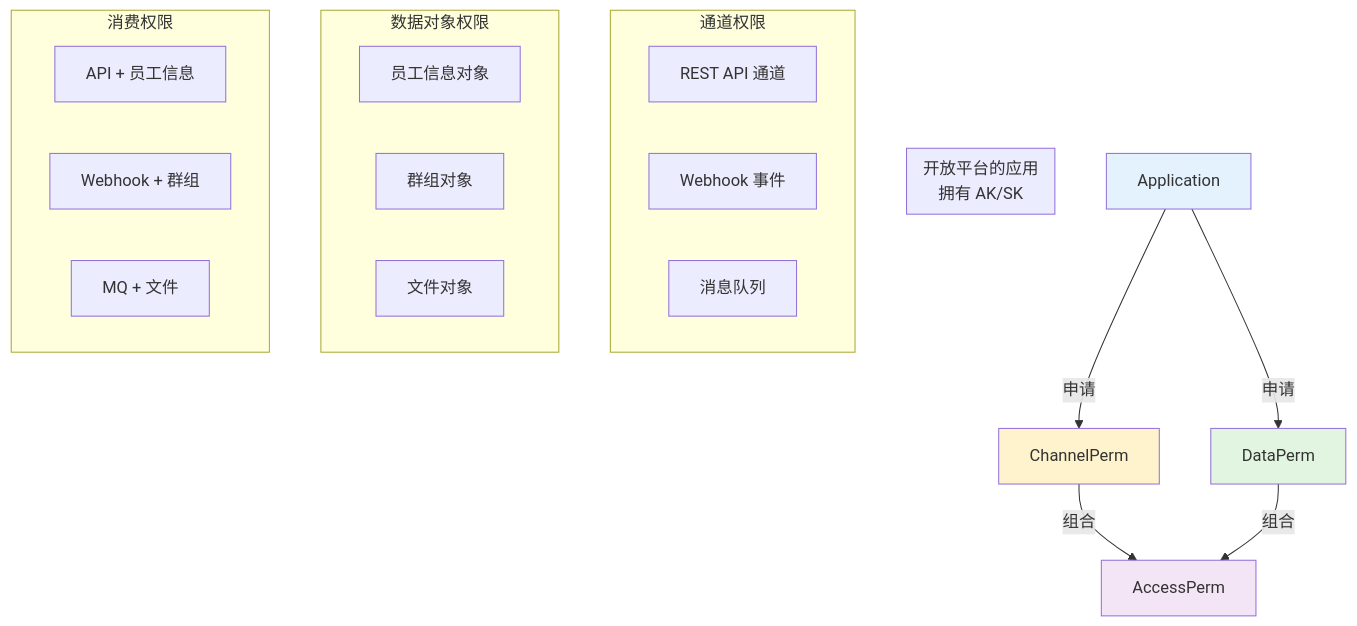
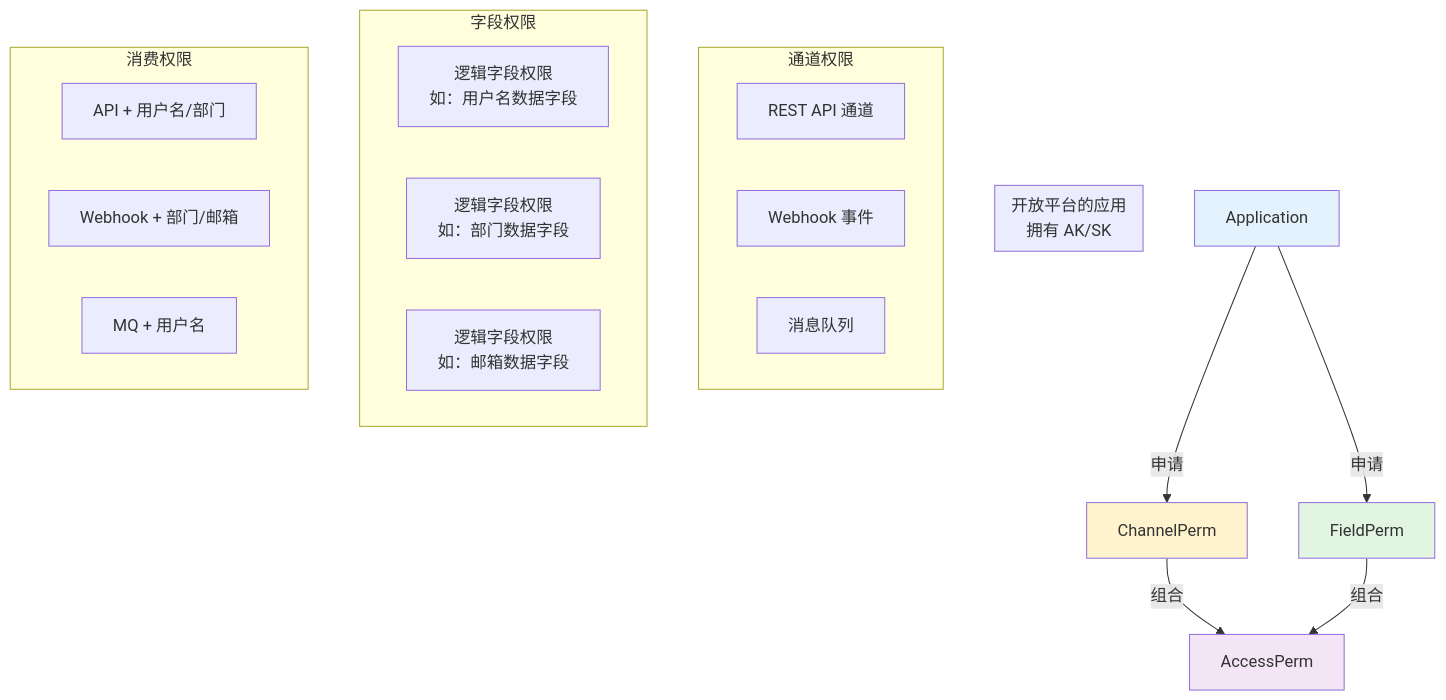
Before and after one commit to THZSummer/Product: diagram 12 of 13 in open-app/.sdd/specs-tree-root/specs-tree-data-open-platform/discovery-report.md, drawn with Mermaid. The commit also changed other lines of this file and 2 other files, not shown here.

````diff
--- a/open-app/.sdd/specs-tree-root/specs-tree-data-open-platform/discovery-report.md
+++ b/open-app/.sdd/specs-tree-root/specs-tree-data-open-platform/discovery-report.md
@@ -692,32 +700,32 @@
 ```mermaid
 graph TB
     subgraph 应用 Application[开放平台的应用<br/>拥有 AK/SK]
     end
     
     subgraph 通道权限 ChannelPerm[通道权限]
         C1[REST API 通道]
         C2[Webhook 事件]
         C3[消息队列]
     end
     
-    subgraph 数据权限 DataPerm[数据对象权限]
-        D1[员工信息对象]
-        D2[群组对象]
-        D3[文件对象]
+    subgraph 字段权限 FieldPerm[字段权限]
+        F1[逻辑字段权限<br/>如：用户名数据字段]
+        F2[逻辑字段权限<br/>如：部门数据字段]
+        F3[逻辑字段权限<br/>如：邮箱数据字段]
     end
     
     subgraph 消费权限 AccessPerm[消费权限]
-        P1[API + 员工信息]
-        P2[Webhook + 群组]
-        P3[MQ + 文件]
+        P1[API + 用户名/部门]
+        P2[Webhook + 部门/邮箱]
+        P3[MQ + 用户名]
     end
     
     Application -->|申请 | ChannelPerm
-    Application -->|申请 | DataPerm
-    ChannelPerm & DataPerm -->|组合 | AccessPerm
+    Application -->|申请 | FieldPerm
+    ChannelPerm & FieldPerm -->|组合 | AccessPerm
     
     style Application fill:#e3f2fd
     style ChannelPerm fill:#fff3cd
-    style DataPerm fill:#e1f5e1
+    style FieldPerm fill:#e1f5e1
     style AccessPerm fill:#f3e5f5
 ```
````
